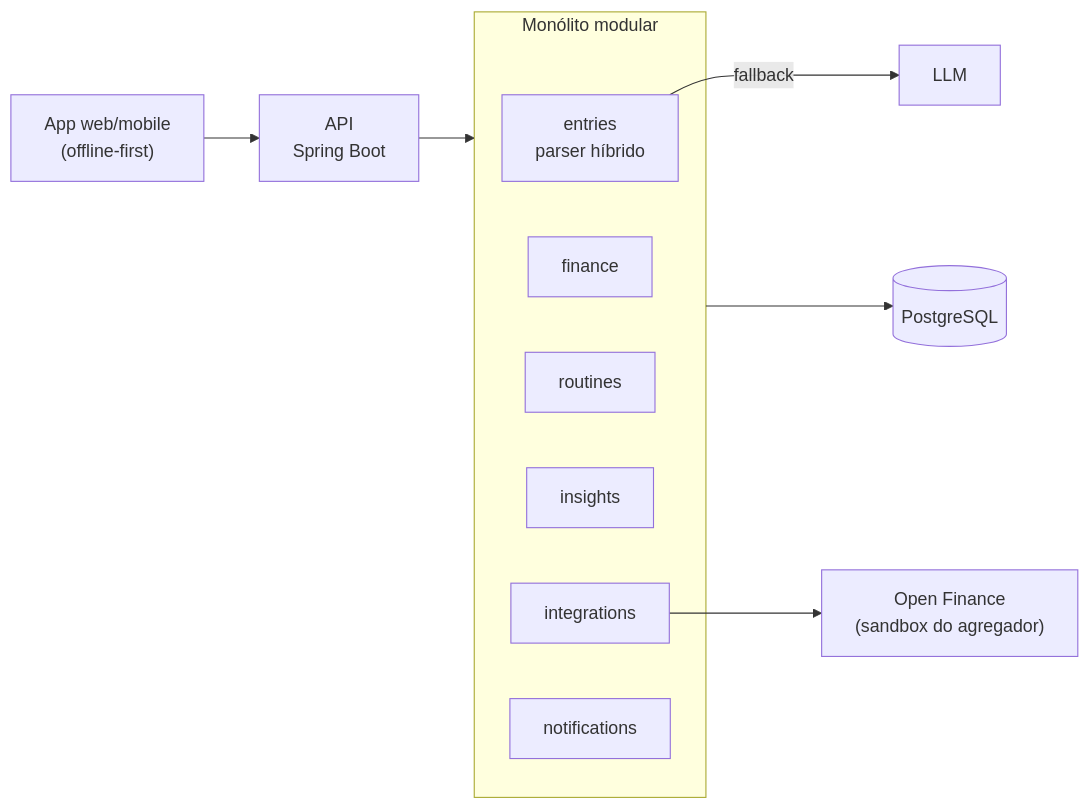
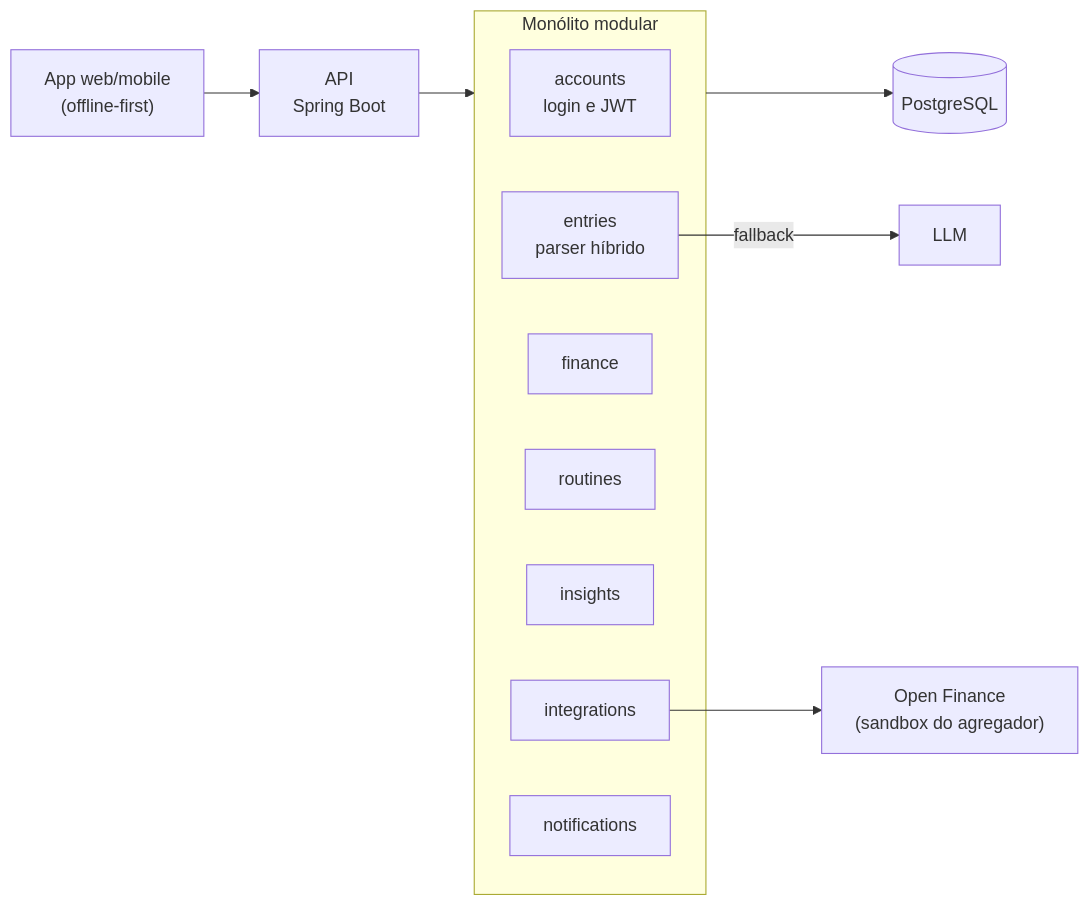
Before and after one commit to GabrieliModollo/mydly: the diagram in README.md, drawn with Mermaid. The commit also changed other lines of this file and 7 other files, not shown here.

````diff
--- a/README.md
+++ b/README.md
@@ -31,16 +31,17 @@
 ```mermaid
 flowchart LR
     App["App web/mobile<br/>(offline-first)"] --> API["API<br/>Spring Boot"]
     subgraph API_MOD["Monólito modular"]
+        accounts["accounts<br/>login e JWT"]
         entries["entries<br/>parser híbrido"]
         finance["finance"]
         routines["routines"]
         insights["insights"]
         integrations["integrations"]
         notifications["notifications"]
     end
     API --> API_MOD
     entries -->|"fallback"| LLM["LLM"]
     integrations --> OF["Open Finance<br/>(sandbox do agregador)"]
     API_MOD --> DB[("PostgreSQL")]
 ```
````
